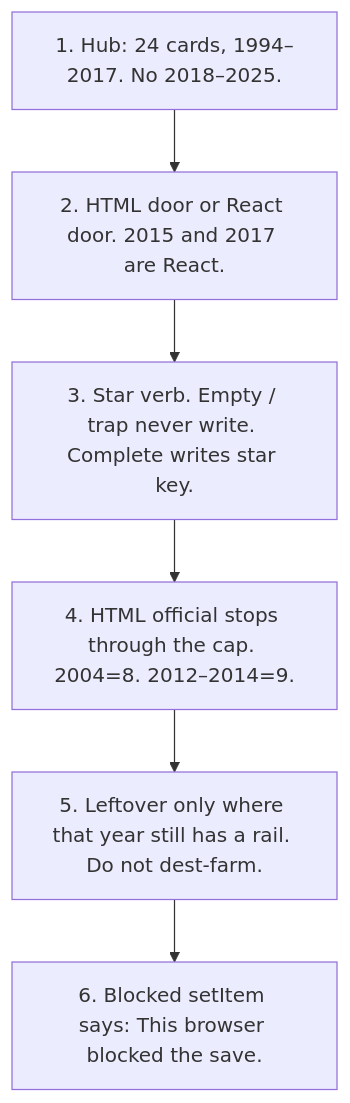
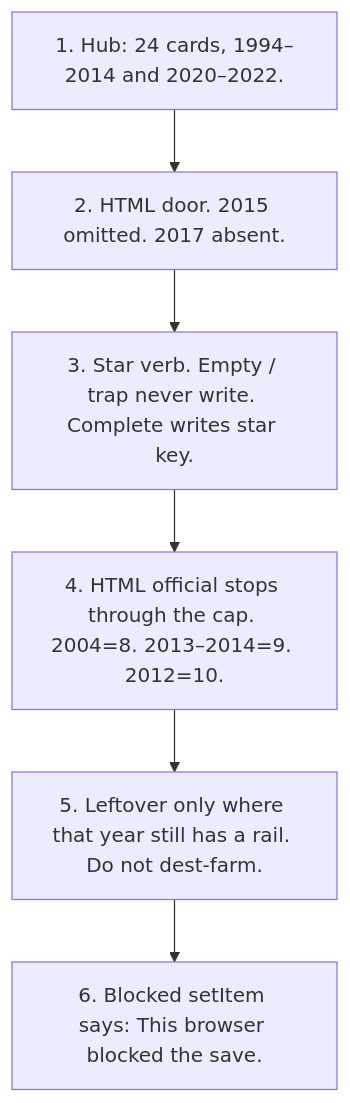
Before and after one commit to sourabhligade/internet-through-time: the fourth of 5 diagrams in docs/FLOW-CHECK-DIAGRAM.md, drawn with Mermaid. The commit also changed other lines of this file and 273 other files, not shown here.

````diff
--- a/docs/FLOW-CHECK-DIAGRAM.md
+++ b/docs/FLOW-CHECK-DIAGRAM.md
@@ -92,8 +90,8 @@
 ```mermaid
 flowchart TD
- A["1. Hub: 24 cards, 1994–2017. No 2018–2025."] --> B["2. HTML door or React door. 2015 and 2017 are React."]
+ A["1. Hub: 24 cards, 1994–2014 and 2020–2022."] --> B["2. HTML door. 2015 omitted. 2017 absent."]
  B --> C["3. Star verb. Empty / trap never write. Complete writes star key."]
- C --> D["4. HTML official stops through the cap. 2004=8. 2012–2014=9."]
+ C --> D["4. HTML official stops through the cap. 2004=8. 2013–2014=9. 2012=10."]
  D --> E["5. Leftover only where that year still has a rail. Do not dest-farm."]
  E --> F["6. Blocked setItem says: This browser blocked the save."]
 ```
````
